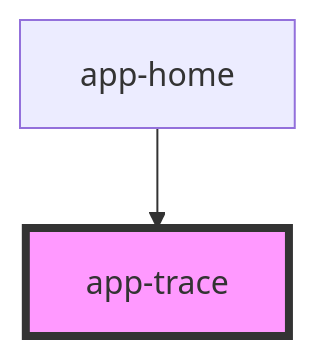
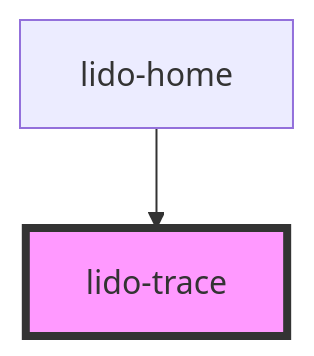
The diagram in src/components/trace/readme.md (chimple/lido-player), drawn with Mermaid before and after one commit. The commit also changed other lines of this file and 40 other files, not shown here.

````diff
--- a/src/components/trace/readme.md
+++ b/src/components/trace/readme.md
@@ -33,5 +33,5 @@
 ```mermaid
 graph TD;
-  app-home --> app-trace
-  style app-trace fill:#f9f,stroke:#333,stroke-width:4px
+  lido-home --> lido-trace
+  style lido-trace fill:#f9f,stroke:#333,stroke-width:4px
 ```
````
